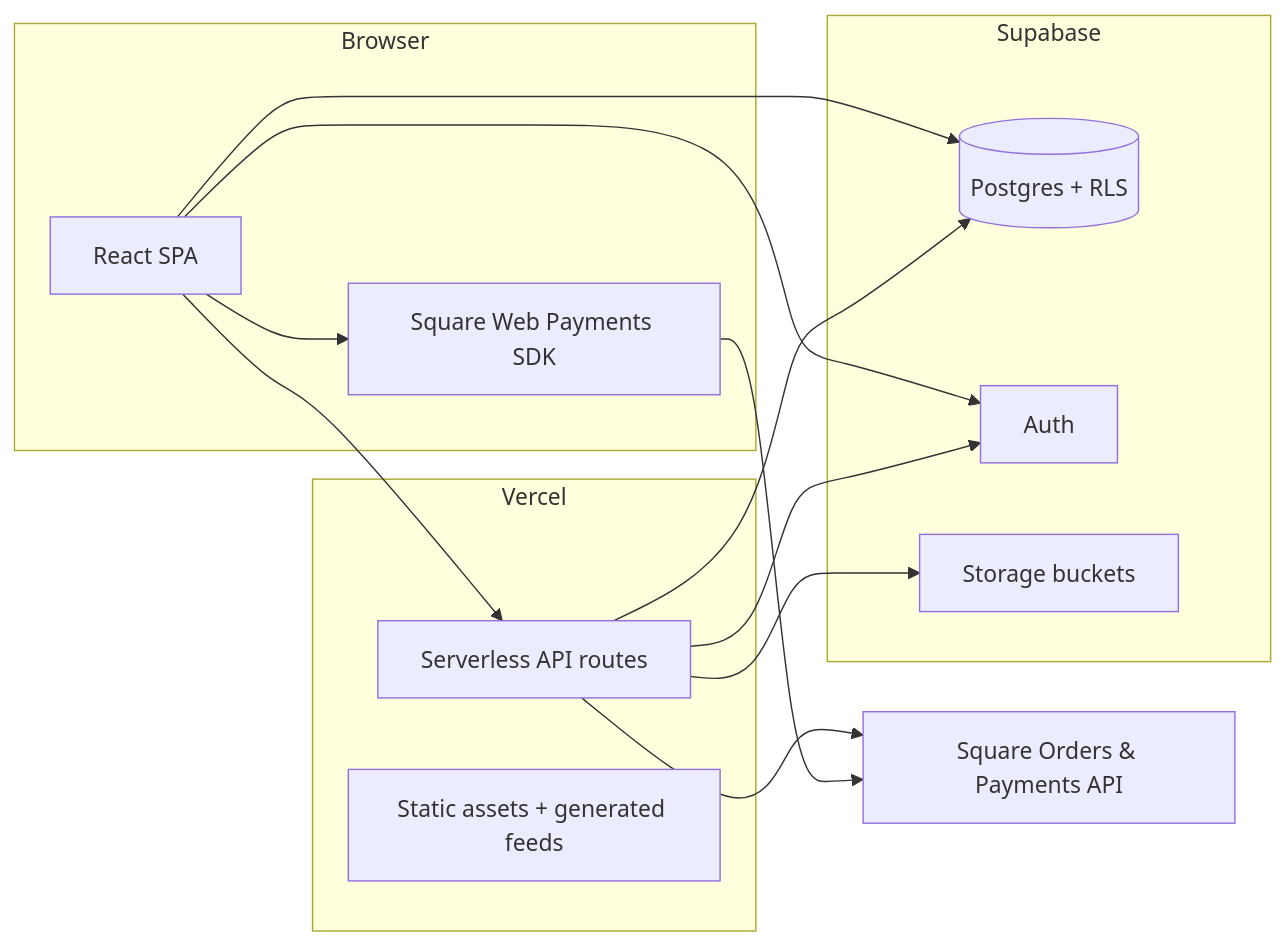
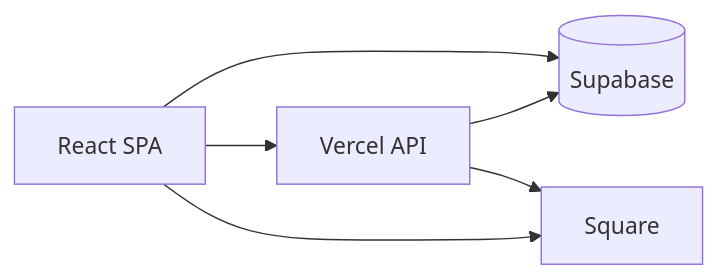
One commit to ehallscherwitz/SleptOnVintage.com changed the diagram in README.md. Above: the diagram before and after it, drawn with Mermaid. The commit also changed other lines of this file and 5 other files, not shown here.

````diff
--- a/README.md
+++ b/README.md
@@ -34,30 +25,8 @@
 ```mermaid
 flowchart LR
-  subgraph client [Browser]
-    React[React SPA]
-    SquareSDK[Square Web Payments SDK]
-  end
-
-  subgraph vercel [Vercel]
-    API[Serverless API routes]
-    Static[Static assets + generated feeds]
-  end
-
-  subgraph backend [Supabase]
-    PG[(Postgres + RLS)]
-    Auth[Auth]
-    Storage[Storage buckets]
-  end
-
-  SquareAPI[Square Orders & Payments API]
-
-  React --> API
-  React --> SquareSDK
-  SquareSDK --> SquareAPI
-  API --> PG
-  API --> Auth
-  API --> Storage
-  API --> SquareAPI
-  React --> Auth
-  React --> PG
+  React[React SPA] --> API[Vercel API]
+  React --> Supabase[(Supabase)]
+  API --> Supabase
+  API --> Square[Square]
+  React --> Square
 ```
````
